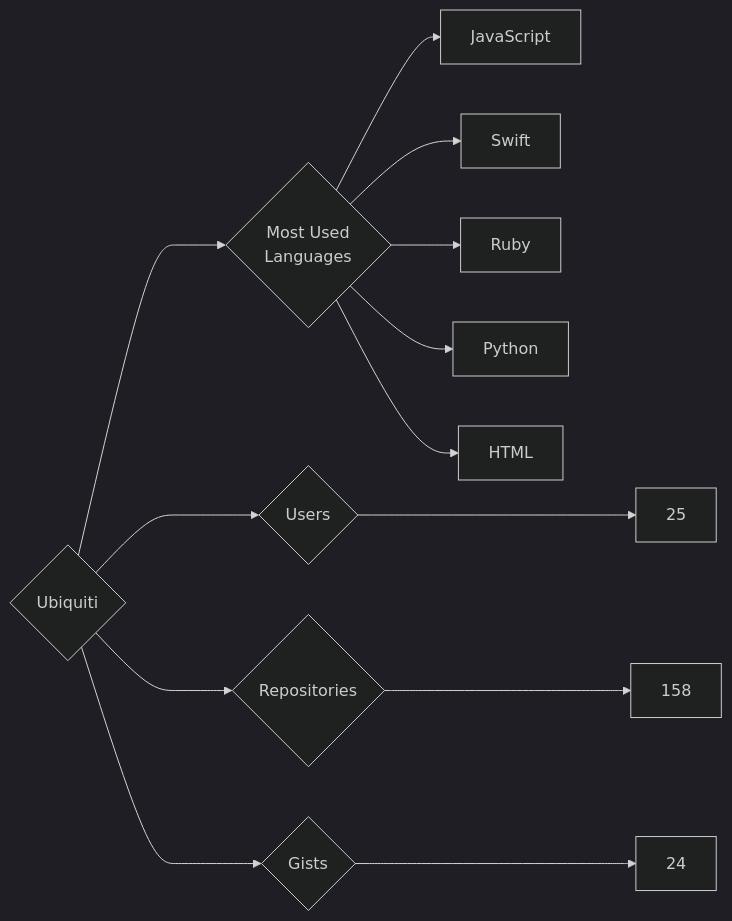
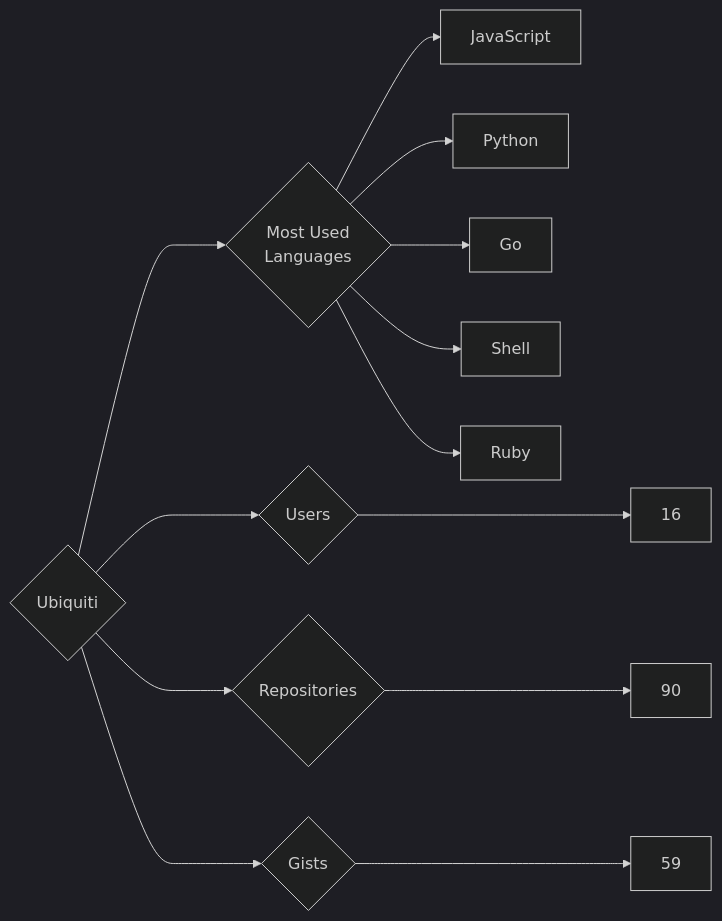
Before and after one commit to trickest/insiders: the diagram in targets/Ubiquiti/README.md, drawn with Mermaid (dark theme). The commit also changed 970 other files, not shown here.

````diff
--- a/targets/Ubiquiti/README.md
+++ b/targets/Ubiquiti/README.md
@@ -3,13 +3,13 @@
 ```mermaid
 graph LR
 COMPANY_NAME{Ubiquiti}
-COMPANY_NAME ---> U{Users} ---> UN[25]
-COMPANY_NAME ---> R{Repositories} ---> RN[158]
-COMPANY_NAME ---> G{Gists} ---> GN[24]
+COMPANY_NAME ---> U{Users} ---> UN[16]
+COMPANY_NAME ---> R{Repositories} ---> RN[90]
+COMPANY_NAME ---> G{Gists} ---> GN[59]
 COMPANY_NAME ---> ML{Most Used<br>Languages}
 ML --> JavaScript[JavaScript]
-ML --> Swift[Swift]
+ML --> Python[Python]
+ML --> Go[Go]
+ML --> Shell[Shell]
 ML --> Ruby[Ruby]
-ML --> Python[Python]
-ML --> HTML[HTML]
 ```
````
